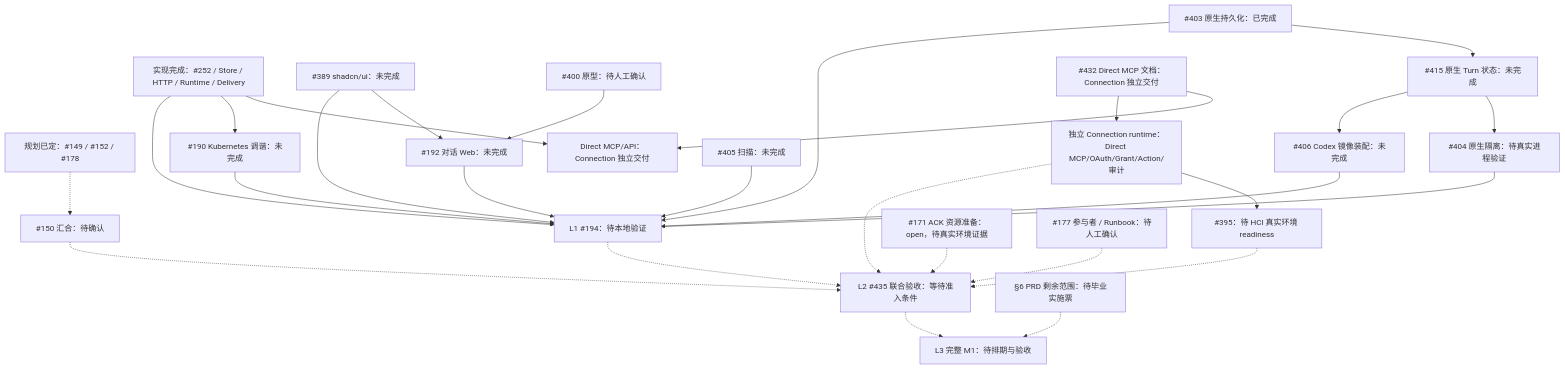
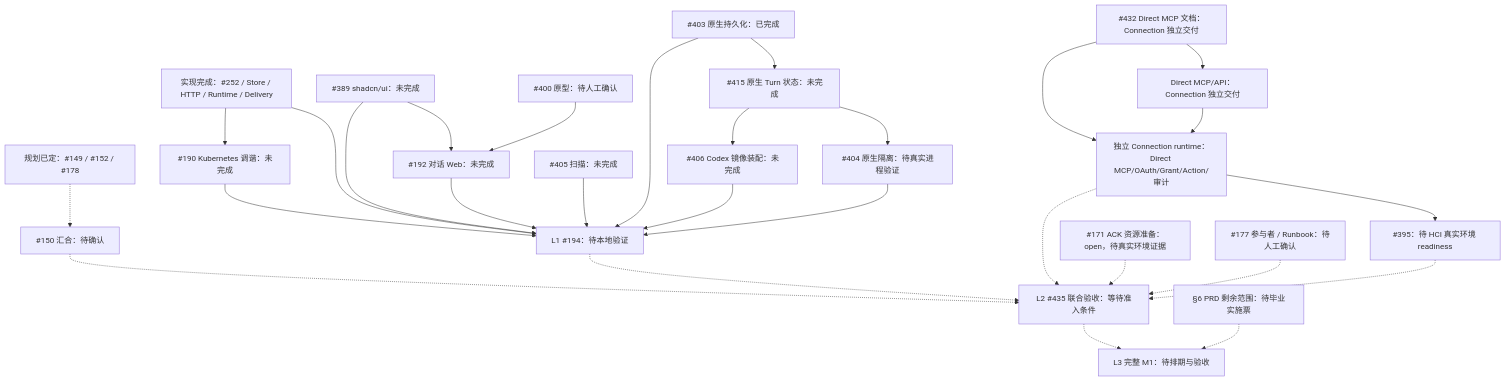
Before and after one commit to AgoraIO-Extensions/agent-infra: the diagram in docs/architecture/PLAN-M1-delivery-convergence.md, drawn with Mermaid. The commit also changed other lines of this file and 2 other files, not shown here.

Commit message:
docs(connection): close follow-up review findings

````diff
--- a/docs/architecture/PLAN-M1-delivery-convergence.md
+++ b/docs/architecture/PLAN-M1-delivery-convergence.md
@@ -46,30 +46,31 @@
 ```mermaid
 flowchart TB
     D["规划已定：#149 / #152 / #178"] -.-> PLAN["#150 汇合：待确认"]
-    BASE["实现完成：#252 / Store / HTTP / Runtime / Delivery"] --> DIRECT["Direct MCP/API：Connection 独立交付"]
+    BASE["实现完成：#252 / Store / HTTP / Runtime / Delivery"] --> LOCAL["L1 #194：待本地验证"]
     BASE --> K["#190 Kubernetes 调谐：未完成"]
     UI["#389 shadcn/ui：未完成"] --> W["#192 对话 Web：未完成"]
     DESIGN["#400 原型：待人工确认"] --> W
     PERSIST["#403 原生持久化：已完成"] --> STATUS["#415 原生 Turn 状态：未完成"]
     STATUS --> ISO["#404 原生隔离：待真实进程验证"]
     STATUS --> BOOT["#406 Codex 镜像装配：未完成"]
     SCAN["#405 扫描：未完成"] --> LOCAL["L1 #194：待本地验证"]
-    BASE --> LOCAL
     K --> LOCAL
     W --> LOCAL
     UI --> LOCAL
     PERSIST --> LOCAL
     ISO --> LOCAL
     BOOT --> LOCAL
+    DIRECT["Direct MCP/API：Connection 独立交付"]
     DOC["#432 Direct MCP 文档：Connection 独立交付"] --> DIRECT
+    DIRECT --> CONN
     CONN["独立 Connection runtime：Direct MCP/OAuth/Grant/Action/审计"] --> READY["#395：待 HCI 真实环境 readiness"]
     DOC --> CONN
     CONN -.-> PILOT
     LOCAL -.-> PILOT["L2 #435 联合验收：等待准入条件"]
     READY -.-> PILOT
     ACK["#171 ACK 资源准备：open，待真实环境证据"] -.-> PILOT
     OPS["#177 参与者 / Runbook：待人工确认"] -.-> PILOT
     PLAN -.-> PILOT
     PILOT -.-> FULL["L3 完整 M1：待排期与验收"]
     REST["§6 PRD 剩余范围：待毕业实施票"] -.-> FULL
 ```
````
